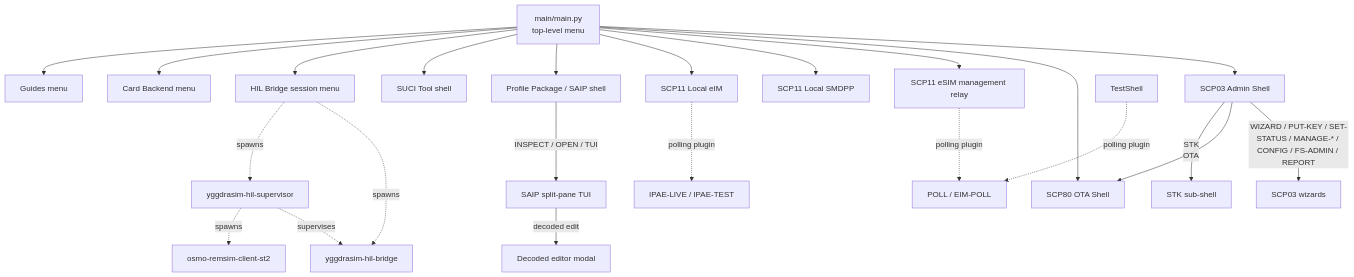
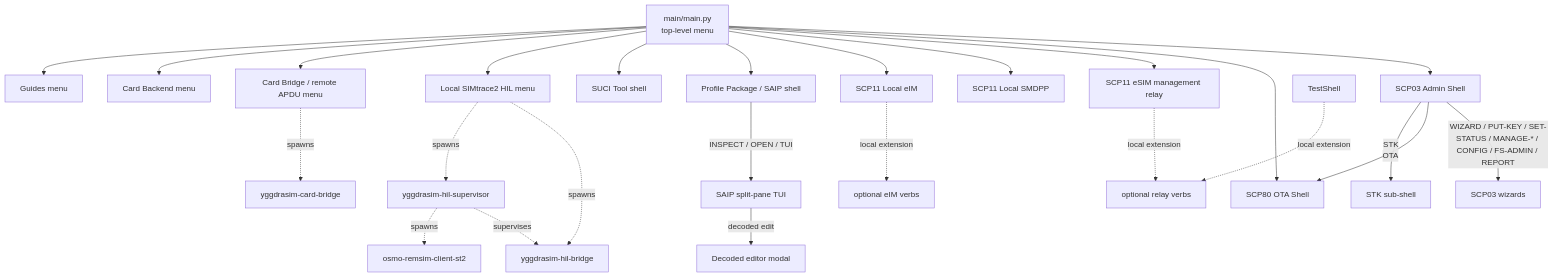
Before and after one commit to 1oT/YggdraSIM: the diagram in site-docs/reference/command-suite.md, drawn with Mermaid. The commit also changed other lines of this file and 1036 other files, not shown here.

````diff
--- a/site-docs/reference/command-suite.md
+++ b/site-docs/reference/command-suite.md
@@ -43,25 +48,27 @@
 ```mermaid
 flowchart TD
     Launcher["main/main.py<br/>top-level menu"] --> SCP03["SCP03 Admin Shell"]
     Launcher --> SCP80["SCP80 OTA Shell"]
     Launcher --> LiveShell["SCP11 eSIM management relay"]
     Launcher --> LocalShell["SCP11 Local SMDPP"]
     Launcher --> EimShell["SCP11 Local eIM"]
     Launcher --> ProfileShell["Profile Package / SAIP shell"]
     Launcher --> SuciShell["SUCI Tool shell"]
-    Launcher --> HilMenu["HIL Bridge session menu"]
+    Launcher --> HilMenu["Local SIMtrace2 HIL menu"]
+    Launcher --> CardBridgeMenu["Card Bridge / remote APDU menu"]
     Launcher --> Backend["Card Backend menu"]
     Launcher --> Guides["Guides menu"]
     HilMenu -. spawns .-> HilBridge["yggdrasim-hil-bridge"]
     HilMenu -. spawns .-> HilSup["yggdrasim-hil-supervisor"]
     HilSup -. supervises .-> HilBridge
     HilSup -. spawns .-> Remsim["osmo-remsim-client-st2"]
+    CardBridgeMenu -. spawns .-> CardBridge["yggdrasim-card-bridge"]
     SCP03 -- WIZARD / PUT-KEY / SET-STATUS / MANAGE-* / CONFIG / FS-ADMIN / REPORT --> SCP03Wiz["SCP03 wizards"]
     SCP03 -- OTA --> SCP80
     SCP03 -- STK --> StkSub["STK sub-shell"]
     ProfileShell -- INSPECT / OPEN / TUI --> SaipTui["SAIP split-pane TUI"]
     SaipTui -- decoded edit --> SaipModal["Decoded editor modal"]
-    LiveShell -. polling plugin .-> PollCmd["POLL / EIM-POLL"]
-    TestShell -. polling plugin .-> PollCmd
-    EimShell -. polling plugin .-> IpaeCmd["IPAE-LIVE / IPAE-TEST"]
+    LiveShell -. local extension .-> RelayExt["optional relay verbs"]
+    TestShell -. local extension .-> RelayExt
+    EimShell -. local extension .-> EimExt["optional eIM verbs"]
 ```
````
